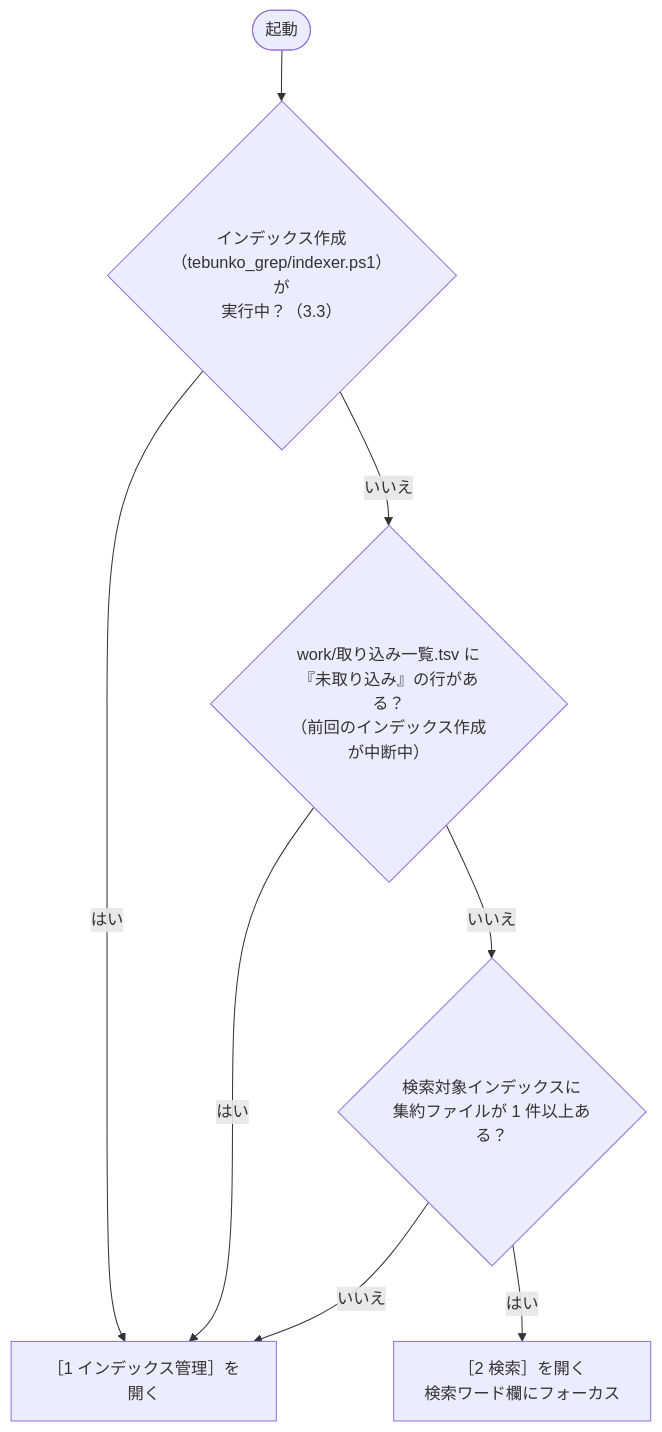
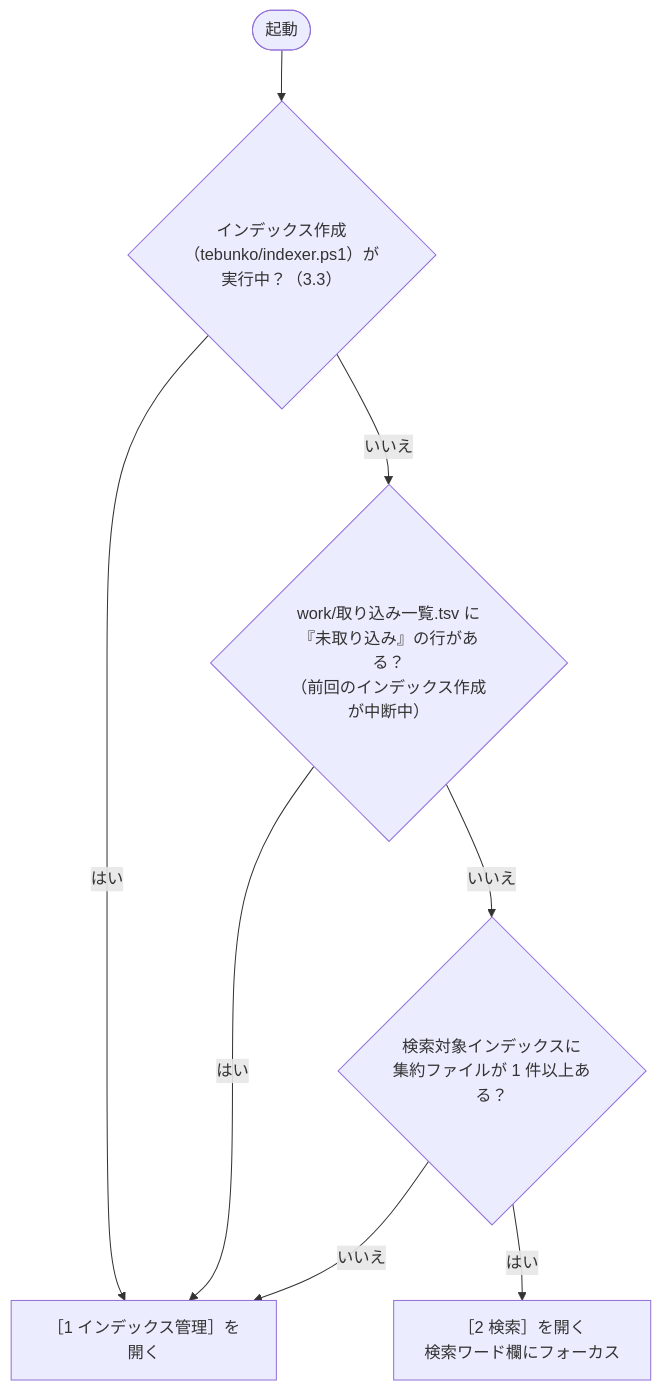
The diagram in docs/03_画面.md (hsgwa/tebunko), drawn with Mermaid before and after one commit. The commit also changed other lines of this file and 169 other files, not shown here.

````diff
--- a/docs/03_画面.md
+++ b/docs/03_画面.md
@@ -96,10 +96,10 @@
 ```mermaid
 flowchart TD
-    S(["起動"]) --> R{"インデックス作成（tebunko_grep/indexer.ps1）が<br>実行中？（3.3）"}
+    S(["起動"]) --> R{"インデックス作成（tebunko/indexer.ps1）が<br>実行中？（3.3）"}
     R -- はい --> T1
     R -- いいえ --> A{"work/取り込み一覧.tsv に『未取り込み』の行がある？<br>（前回のインデックス作成が中断中）"}
     A -- はい --> T1["［1 インデックス管理］を開く"]
     A -- いいえ --> B{"検索対象インデックスに<br>集約ファイルが 1 件以上ある？"}
     B -- いいえ --> T1
     B -- はい --> T2["［2 検索］を開く<br>検索ワード欄にフォーカス"]
 ```
````
